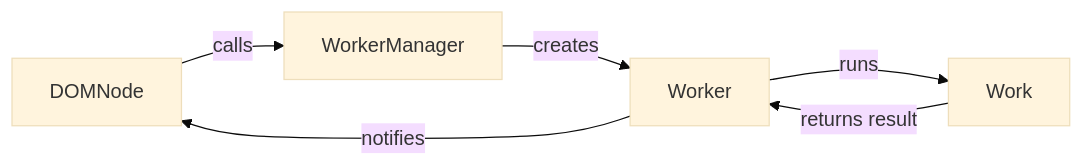
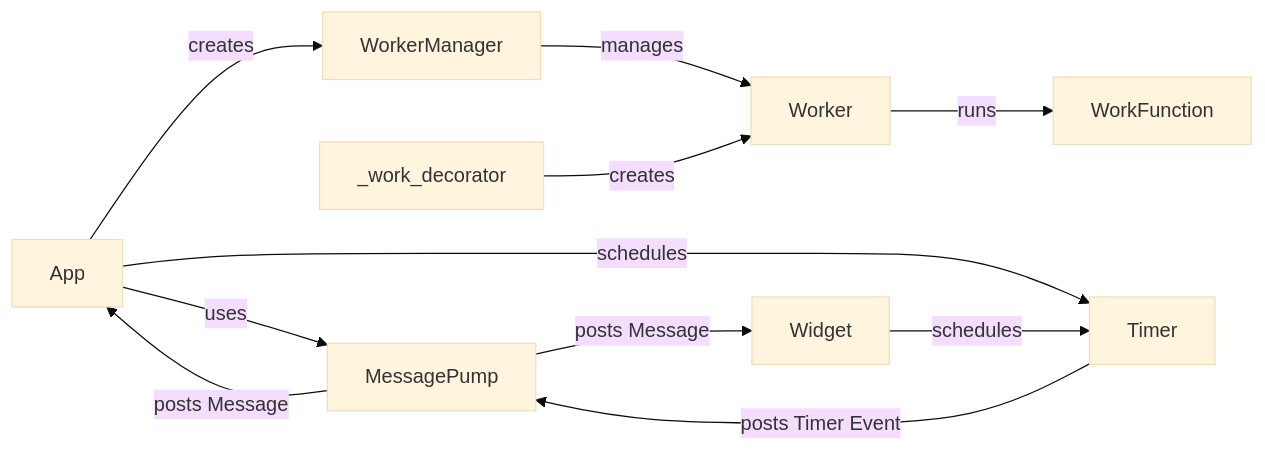
Before and after one commit to CodeBoarding/GeneratedOnBoardings: the diagram in textual/Asynchronous Task Management.md, drawn with Mermaid (base theme). The commit also changed other lines of this file and 13 other files, not shown here.

````diff
--- a/textual/Asynchronous Task Management.md
+++ b/textual/Asynchronous Task Management.md
@@ -7,10 +7,16 @@
 ```mermaid
 graph LR
-    DOMNode -- calls --> WorkerManager
-    WorkerManager -- creates --> Worker
-    Worker -- runs --> Work
-    Work -- returns result --> Worker
-    Worker -- notifies --> DOMNode
+    App--creates-->WorkerManager
+    App--uses-->MessagePump
+    App--schedules-->Timer
+    Widget--schedules-->Timer
+    WorkerManager--manages-->Worker
+    _work_decorator--creates-->Worker
+    Worker--runs-->WorkFunction
+    MessagePump--posts Message-->App
+    MessagePump--posts Message-->Widget
+    Timer--posts Timer Event-->MessagePump
+
 
 
 ```
````
